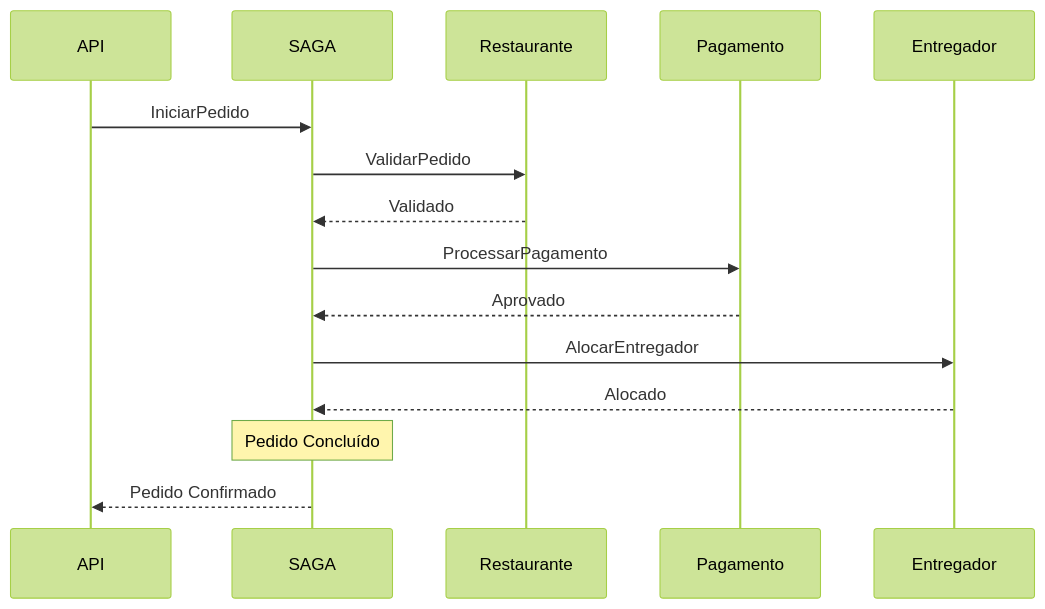
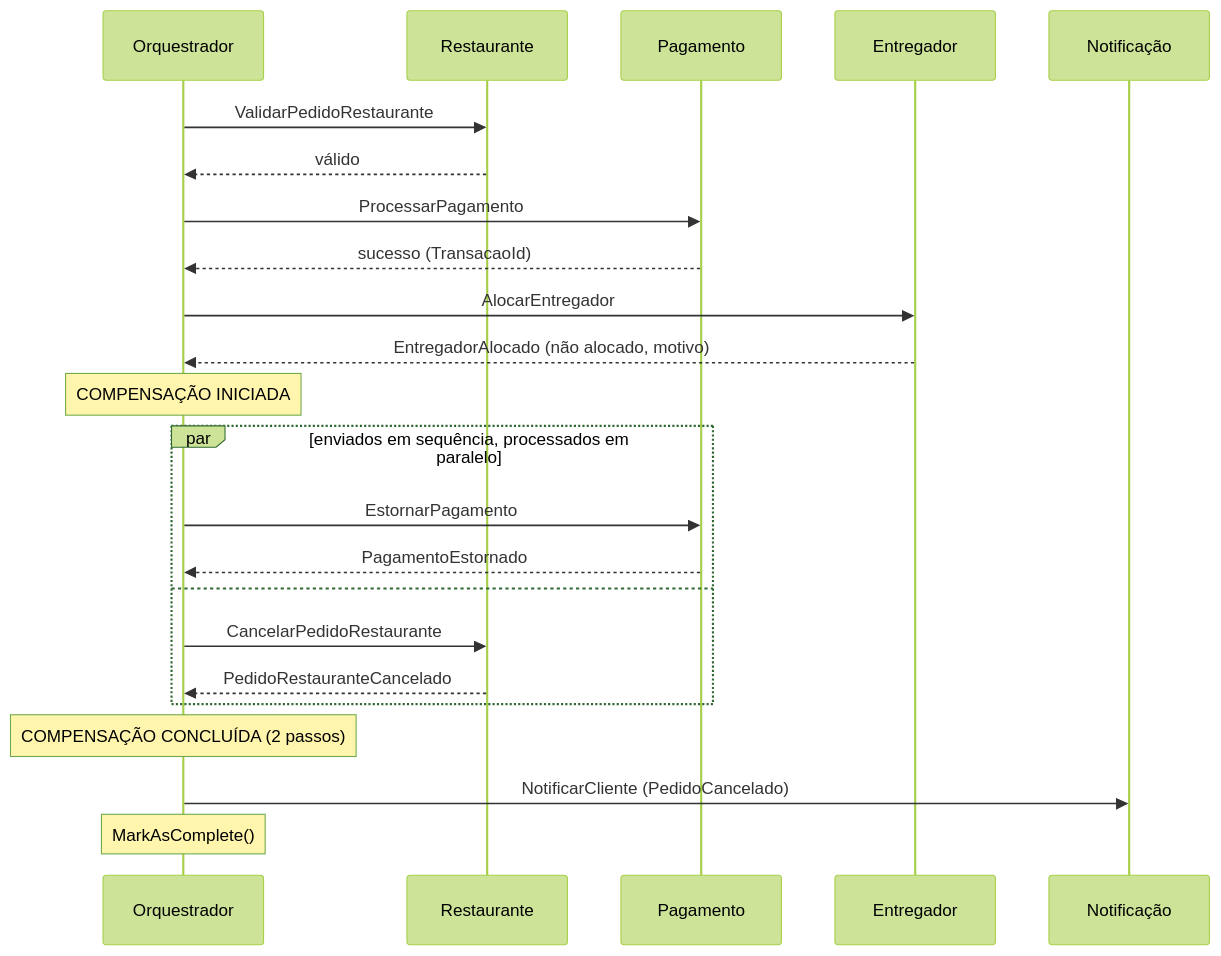
One commit to felipemarcianodev/saga-poc-dotnet changed the fourth of 5 diagrams in docs/diagramas-compensacao.md. Above: the diagram before and after it, drawn with Mermaid (forest theme). The commit also changed other lines of this file and 32 other files, not shown here.

````diff
--- a/docs/diagramas-compensacao.md
+++ b/docs/diagramas-compensacao.md
@@ -101,22 +99,29 @@
 ```mermaid
 sequenceDiagram
-    participant API
-    participant SAGA
+    participant SAGA as Orquestrador
     participant Restaurante
     participant Pagamento
     participant Entregador
+    participant Notificacao as Notificação
 
-    API->>SAGA: IniciarPedido
+    SAGA->>Restaurante: ValidarPedidoRestaurante
+    Restaurante-->>SAGA: válido
+    SAGA->>Pagamento: ProcessarPagamento
+    Pagamento-->>SAGA: sucesso (TransacaoId)
+    SAGA->>Entregador: AlocarEntregador
+    Entregador-->>SAGA: EntregadorAlocado (não alocado, motivo)
 
-    SAGA->>Restaurante: ValidarPedido
-    Restaurante-->>SAGA: Validado
+    Note over SAGA: COMPENSAÇÃO INICIADA
 
-    SAGA->>Pagamento: ProcessarPagamento
-    Pagamento-->>SAGA: Aprovado
+    par enviados em sequência, processados em paralelo
+        SAGA->>Pagamento: EstornarPagamento
+        Pagamento-->>SAGA: PagamentoEstornado
+    and
+        SAGA->>Restaurante: CancelarPedidoRestaurante
+        Restaurante-->>SAGA: PedidoRestauranteCancelado
+    end
 
-    SAGA->>Entregador: AlocarEntregador
-    Entregador-->>SAGA: Alocado
-
-    Note over SAGA: Pedido Concluído
-    SAGA-->>API: Pedido Confirmado
+    Note over SAGA: COMPENSAÇÃO CONCLUÍDA (2 passos)
+    SAGA->>Notificacao: NotificarCliente (PedidoCancelado)
+    Note over SAGA: MarkAsComplete()
 ```
````
